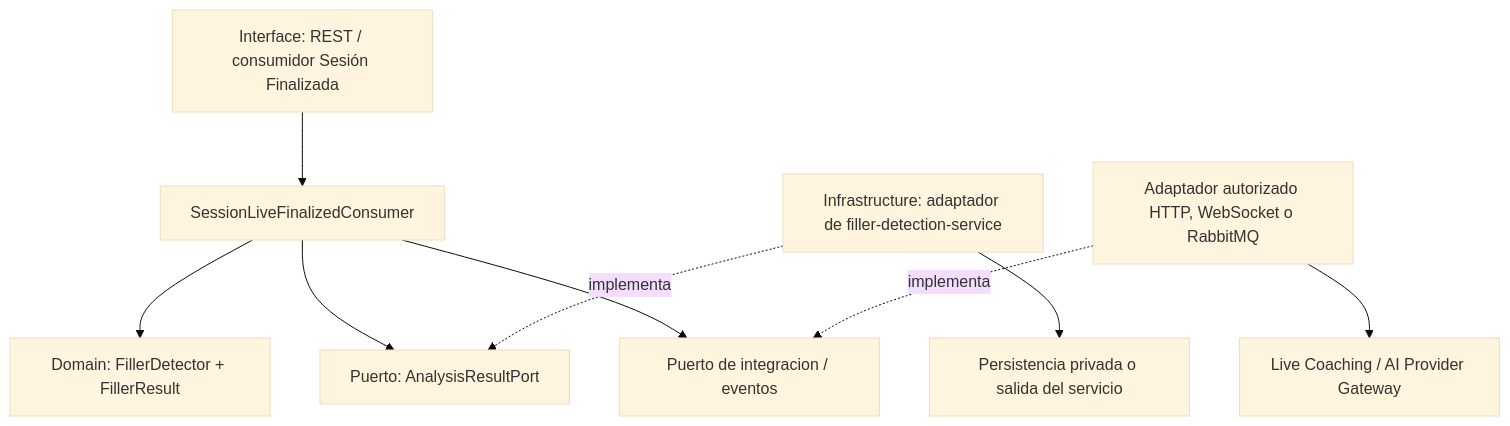
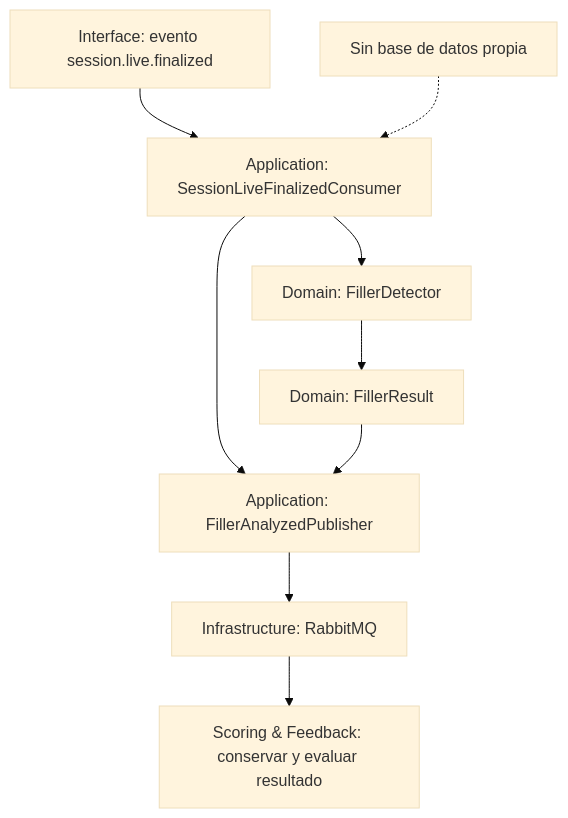
The diagram in assets/diagrams/tactical/02-speech-analysis-components.mmd (upc-pre-202620-si728-16365-thropic/talki-project-report), drawn with Mermaid (base theme) before and after one commit. The commit also changed 20 other files, not shown here.

```diff
--- a/assets/diagrams/tactical/02-speech-analysis-components.mmd
+++ b/assets/diagrams/tactical/02-speech-analysis-components.mmd
@@ -1,9 +1,9 @@
 flowchart TB
-    input["Interface: REST / consumidor Sesión Finalizada"] --> app["SessionLiveFinalizedConsumer"]
-    app --> domain["Domain: FillerDetector + FillerResult"]
-    app --> port["Puerto: AnalysisResultPort"]
-    adapter["Infrastructure: adaptador de filler-detection-service"] -. implementa .-> port
-    adapter --> resource["Persistencia privada o salida del servicio"]
-    app --> integration["Puerto de integracion / eventos"]
-    infrastructure["Adaptador autorizado HTTP, WebSocket o RabbitMQ"] -. implementa .-> integration
-    infrastructure --> external["Live Coaching / AI Provider Gateway"]
+  input["Interface: evento session.live.finalized"] --> app["Application: SessionLiveFinalizedConsumer"]
+  app --> detector["Domain: FillerDetector"]
+  detector --> result["Domain: FillerResult"]
+  app --> publisher["Application: FillerAnalyzedPublisher"]
+  result --> publisher
+  publisher --> broker["Infrastructure: RabbitMQ"]
+  broker --> scoring["Scoring & Feedback: conservar y evaluar resultado"]
+  note["Sin base de datos propia"] -.-> app
```
